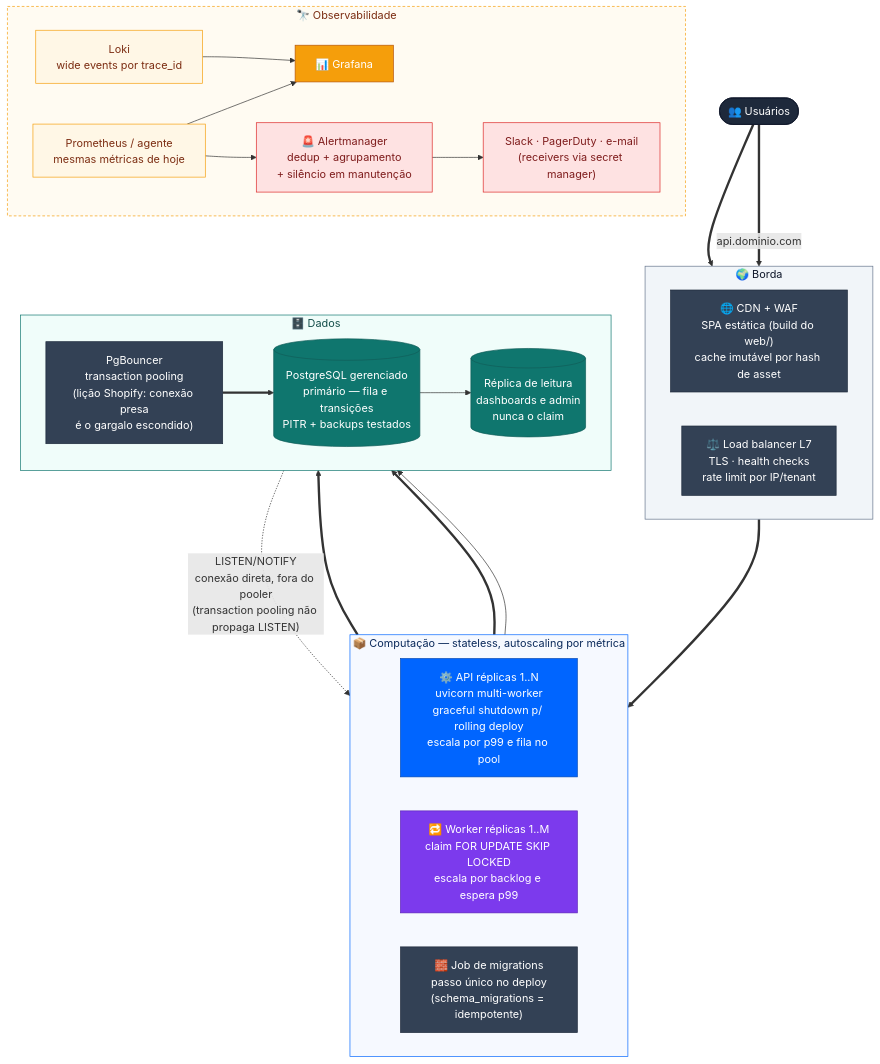
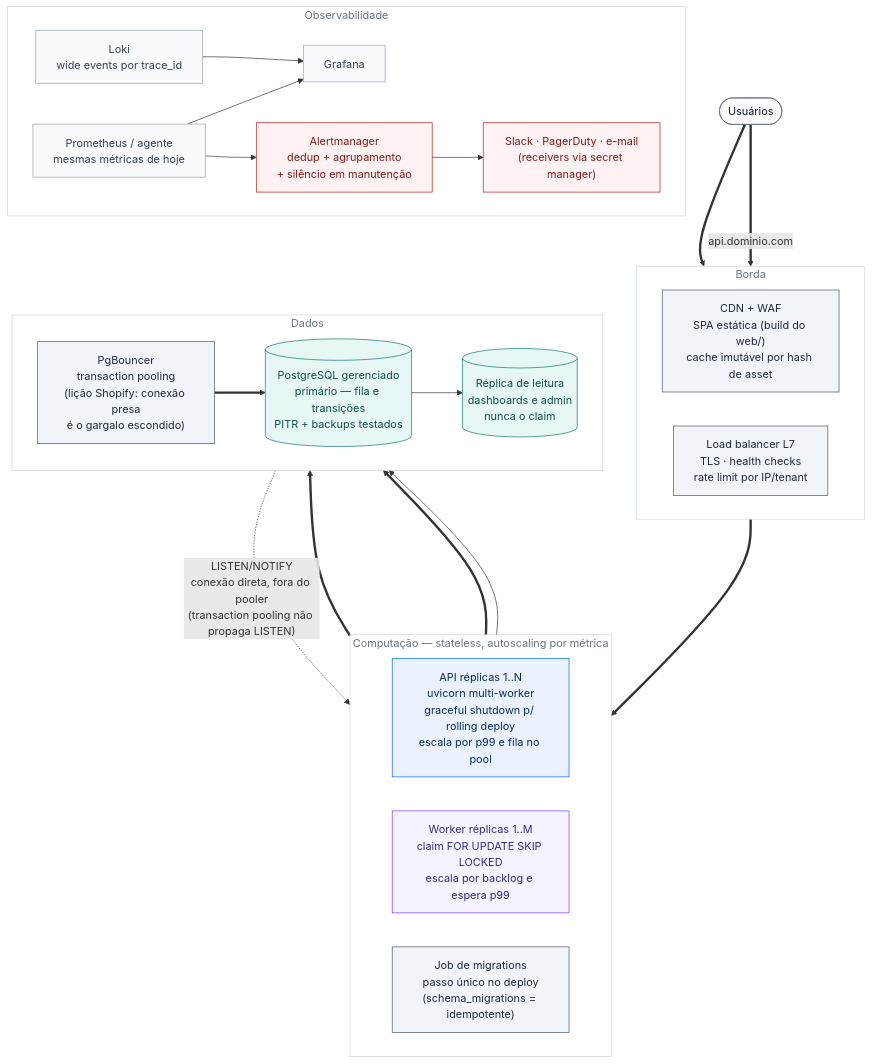
The third of 3 diagrams in README.md (vinnedev/case-fullstack-senior), drawn with Mermaid before and after one commit. The commit also changed other lines of this file and 6 other files, not shown here.

Commit message:
refactor(docs): update diagrams and improve readability in documentation

````diff
--- a/README.md
+++ b/README.md
@@ -191,53 +191,53 @@
 ```mermaid
 flowchart TB
-    U(["👥 Usuários"]):::user
+    U(["Usuários"]):::user
 
-    subgraph Edge["🌍 Borda"]
+    subgraph Edge["Borda"]
         direction LR
-        CDN["🌐 CDN + WAF\nSPA estática (build do web/)\ncache imutável por hash de asset"]:::infra
-        LB["⚖️ Load balancer L7\nTLS · health checks\nrate limit por IP/tenant"]:::infra
+        CDN["CDN + WAF\nSPA estática (build do web/)\ncache imutável por hash de asset"]:::infra
+        LB["Load balancer L7\nTLS · health checks\nrate limit por IP/tenant"]:::infra
     end
 
-    subgraph Compute["📦 Computação — stateless, autoscaling por métrica"]
+    subgraph Compute["Computação — stateless, autoscaling por métrica"]
         direction LR
-        API1["⚙️ API réplicas 1..N\nuvicorn multi-worker\ngraceful shutdown p/ rolling deploy\nescala por p99 e fila no pool"]:::api
-        W1["🔁 Worker réplicas 1..M\nclaim FOR UPDATE SKIP LOCKED\nescala por backlog e espera p99"]:::worker
-        MIG["🧱 Job de migrations\npasso único no deploy\n(schema_migrations = idempotente)"]:::infra
+        API1["API réplicas 1..N\nuvicorn multi-worker\ngraceful shutdown p/ rolling deploy\nescala por p99 e fila no pool"]:::api
+        W1["Worker réplicas 1..M\nclaim FOR UPDATE SKIP LOCKED\nescala por backlog e espera p99"]:::worker
+        MIG["Job de migrations\npasso único no deploy\n(schema_migrations = idempotente)"]:::infra
     end
 
-    subgraph Data["🗄️ Dados"]
+    subgraph Data["Dados"]
         direction LR
         PGB["PgBouncer\ntransaction pooling\n(lição Shopify: conexão presa\né o gargalo escondido)"]:::infra
         PG[("PostgreSQL gerenciado\nprimário — fila e transições\nPITR + backups testados")]:::db
         RR[("Réplica de leitura\ndashboards e admin\nnunca o claim")]:::db
     end
 
-    subgraph Obs["🔭 Observabilidade"]
+    subgraph Obs["Observabilidade"]
         direction LR
-        AG["Prometheus / agente\nmesmas métricas de hoje"]:::obs --> GR["📊 Grafana"]:::grafana
+        AG["Prometheus / agente\nmesmas métricas de hoje"]:::obs --> GR["Grafana"]:::grafana
         LK["Loki\nwide events por trace_id"]:::obs --> GR
-        AG --> AM["🚨 Alertmanager\ndedup + agrupamento\n+ silêncio em manutenção"]:::alert --> ONC["Slack · PagerDuty · e-mail\n(receivers via secret manager)"]:::alert
+        AG --> AM["Alertmanager\ndedup + agrupamento\n+ silêncio em manutenção"]:::alert --> ONC["Slack · PagerDuty · e-mail\n(receivers via secret manager)"]:::alert
     end
 
     U ==> CDN
     U ==>|"api.dominio.com"| LB
     LB ==> API1
     API1 ==> PGB ==> PG
     W1 ==> PGB
     PG -. "LISTEN/NOTIFY\nconexão direta, fora do pooler\n(transaction pooling não propaga LISTEN)" .-> W1
     MIG --> PG
     PG --> RR
 
-    classDef user fill:#1E293B,stroke:#0F172A,color:#FFFFFF
-    classDef infra fill:#334155,stroke:#1E293B,color:#FFFFFF
-    classDef api fill:#0065FF,stroke:#0047B3,color:#FFFFFF
-    classDef worker fill:#7C3AED,stroke:#5B21B6,color:#FFFFFF
-    classDef db fill:#0F766E,stroke:#115E59,color:#FFFFFF
-    classDef obs fill:#FFF7E6,stroke:#F59E0B,color:#7C2D12
-    classDef grafana fill:#F59E0B,stroke:#B45309,color:#FFFFFF
-    classDef alert fill:#FEE2E2,stroke:#DC2626,color:#7F1D1D
-    style Edge fill:#F1F5F9,stroke:#64748B,color:#0F172A
-    style Compute fill:#F6F9FF,stroke:#0065FF,color:#0B2A5B
-    style Data fill:#F0FDFA,stroke:#0F766E,color:#134E4A
-    style Obs fill:#FFFBF2,stroke:#F59E0B,stroke-dasharray:4 3,color:#7C2D12
+    classDef user fill:#F8FAFC,stroke:#64748B,color:#0F172A
+    classDef infra fill:#F1F5F9,stroke:#475569,color:#1E293B
+    classDef api fill:#EAF2FF,stroke:#0065FF,color:#0B2A5B
+    classDef worker fill:#F5F3FF,stroke:#7C3AED,color:#312E81
+    classDef db fill:#E6F7F5,stroke:#0F766E,color:#134E4A
+    classDef obs fill:#F8FAFC,stroke:#94A3B8,color:#334155
+    classDef grafana fill:#F8FAFC,stroke:#94A3B8,color:#334155
+    classDef alert fill:#FEF2F2,stroke:#B91C1C,color:#7F1D1D
+    style Edge fill:transparent,stroke:#CBD5E1,color:#64748B
+    style Compute fill:transparent,stroke:#CBD5E1,color:#64748B
+    style Data fill:transparent,stroke:#CBD5E1,color:#64748B
+    style Obs fill:transparent,stroke:#CBD5E1,color:#64748B
 ```
````
